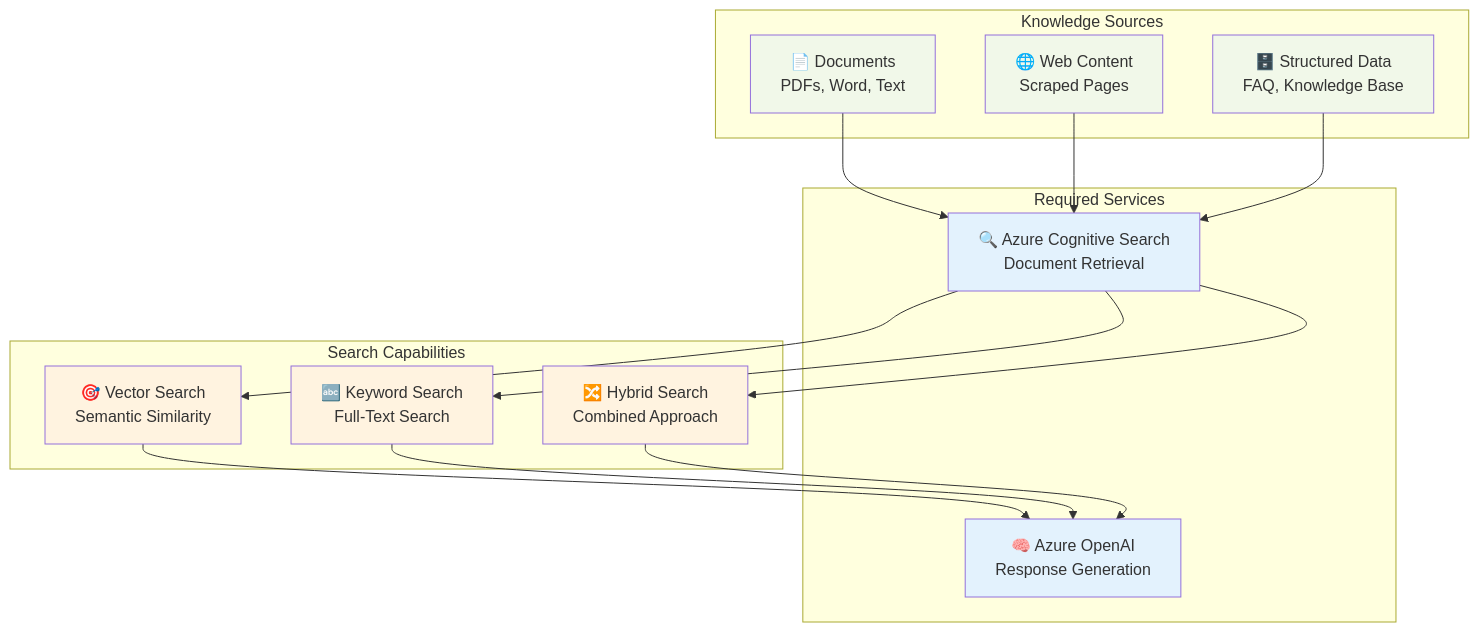
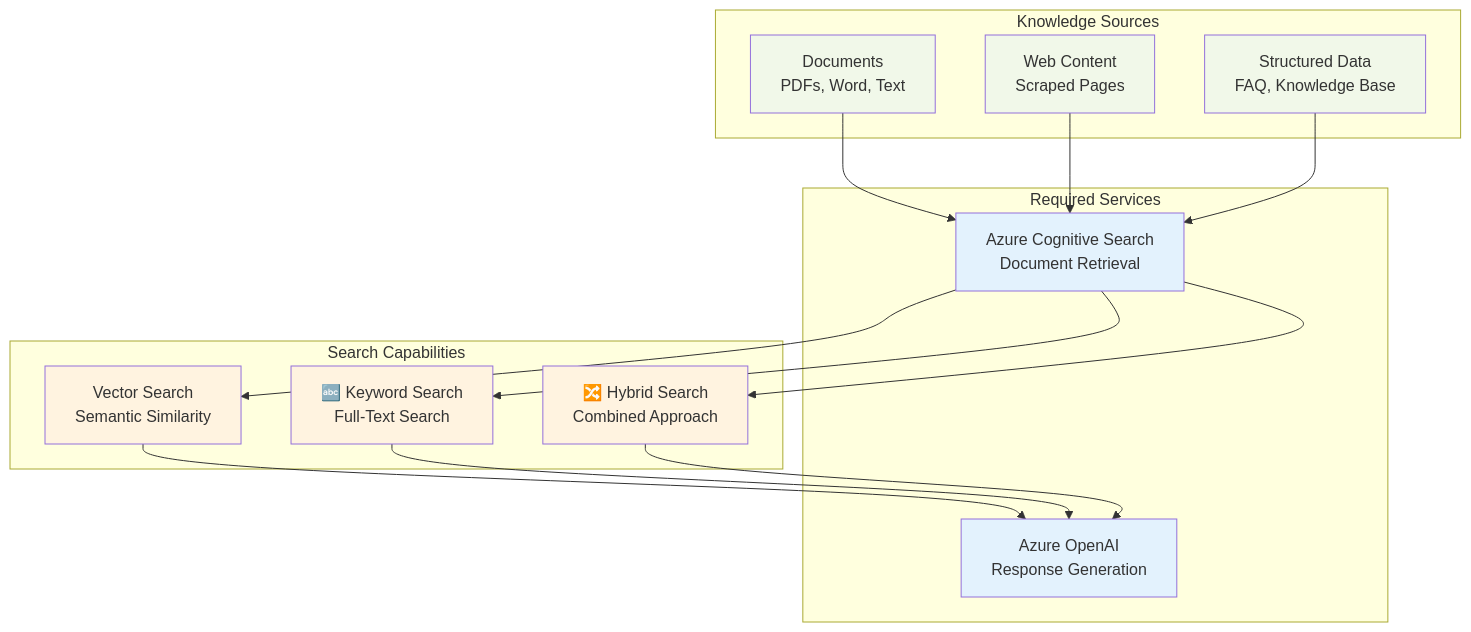
The eighth of 10 diagrams in docs/workflows/README.md (the-ingenious-dark-knight/Insight_Ingenious), drawn with Mermaid before and after one commit. The commit also changed other lines of this file and 23 other files, not shown here.

````diff
--- a/docs/workflows/README.md
+++ b/docs/workflows/README.md
@@ -333,39 +333,39 @@
 ```mermaid
 graph TB
     subgraph "Required Services"
-        AZURE_OPENAI[🧠 Azure OpenAI<br/>Response Generation]
-        AZURE_SEARCH[🔍 Azure Cognitive Search<br/>Document Retrieval]
+        AZURE_OPENAI[ Azure OpenAI<br/>Response Generation]
+        AZURE_SEARCH[ Azure Cognitive Search<br/>Document Retrieval]
     end
 
     subgraph "Knowledge Sources"
-        DOCUMENTS[📄 Documents<br/>PDFs, Word, Text]
-        WEBSITES[🌐 Web Content<br/>Scraped Pages]
-        DATABASES[🗄️ Structured Data<br/>FAQ, Knowledge Base]
+        DOCUMENTS[ Documents<br/>PDFs, Word, Text]
+        WEBSITES[ Web Content<br/>Scraped Pages]
+        DATABASES[ Structured Data<br/>FAQ, Knowledge Base]
     end
 
     subgraph "Search Capabilities"
-        VECTOR_SEARCH[🎯 Vector Search<br/>Semantic Similarity]
+        VECTOR_SEARCH[ Vector Search<br/>Semantic Similarity]
         KEYWORD_SEARCH[🔤 Keyword Search<br/>Full-Text Search]
         HYBRID_SEARCH[🔀 Hybrid Search<br/>Combined Approach]
     end
 
     DOCUMENTS --> AZURE_SEARCH
     WEBSITES --> AZURE_SEARCH
     DATABASES --> AZURE_SEARCH
 
     AZURE_SEARCH --> VECTOR_SEARCH
     AZURE_SEARCH --> KEYWORD_SEARCH
     AZURE_SEARCH --> HYBRID_SEARCH
 
     VECTOR_SEARCH --> AZURE_OPENAI
     KEYWORD_SEARCH --> AZURE_OPENAI
     HYBRID_SEARCH --> AZURE_OPENAI
 
     classDef service fill:#e3f2fd
     classDef source fill:#f1f8e9
     classDef search fill:#fff3e0
 
     class AZURE_OPENAI,AZURE_SEARCH service
     class DOCUMENTS,WEBSITES,DATABASES source
     class VECTOR_SEARCH,KEYWORD_SEARCH,HYBRID_SEARCH search
 ```
````
